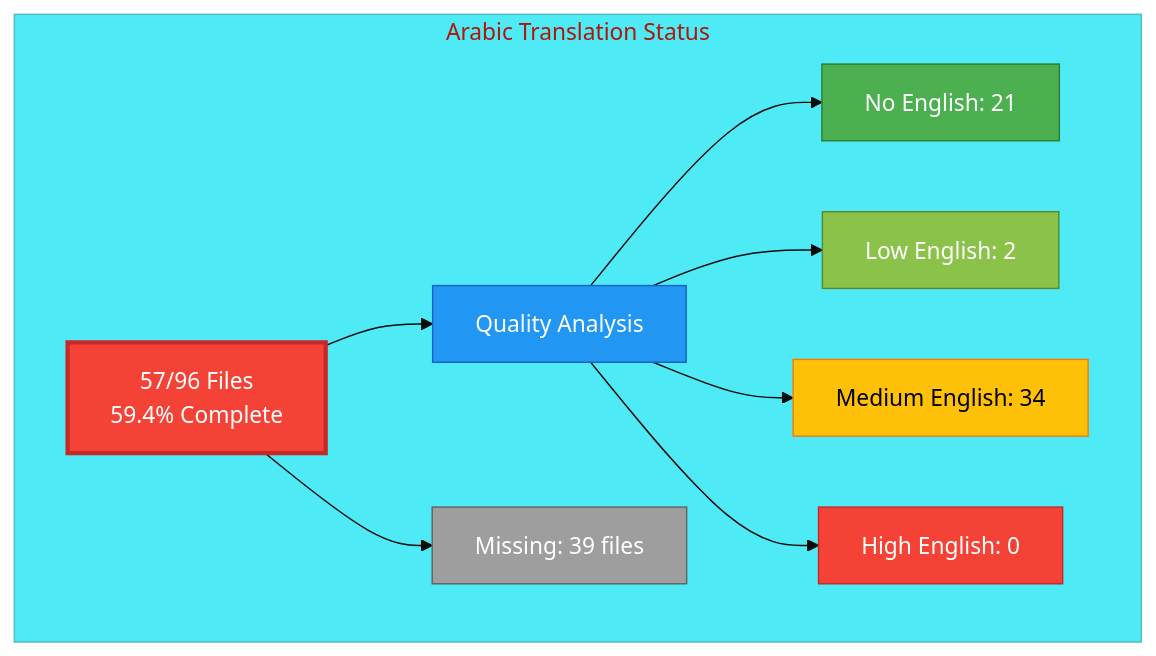
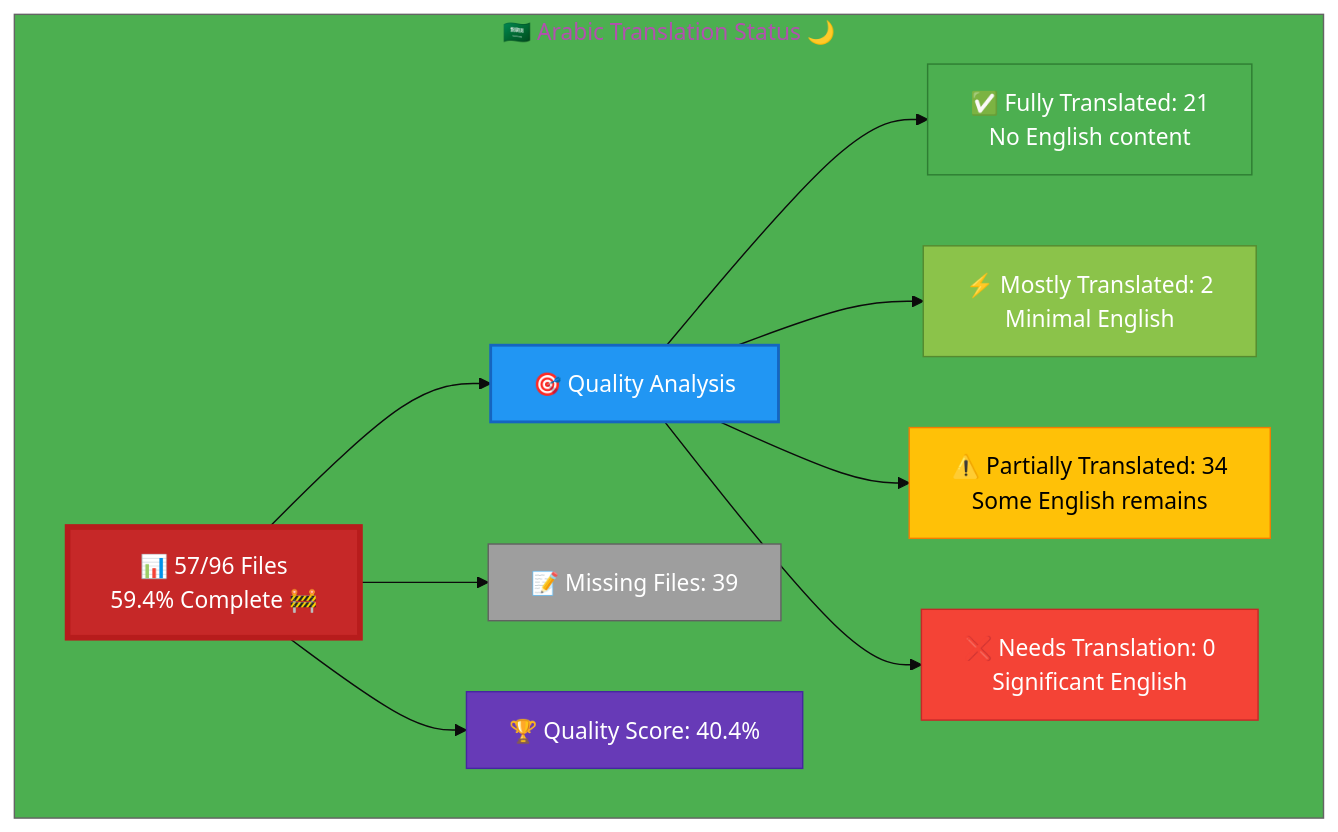
Before and after one commit to Hack23/homepage: the diagram in Arabic-Translation-Status.md, drawn with Mermaid. The commit also changed other lines of this file and 26 other files, not shown here.

Commit message:
Complete validation & enhancement: icons, color-coded Mermaid diagrams, accuracy verified for all 26 files

````diff
--- a/Arabic-Translation-Status.md
+++ b/Arabic-Translation-Status.md
@@ -12,22 +13,26 @@
 ```mermaid
-%%{init: {'theme':'base', 'themeVariables': { 'primaryColor':'#F44336'}}}%%
+%%{init: {'theme':'base', 'themeVariables': {'primaryColor':'#C62828','secondaryColor':'#2196F3','tertiaryColor':'#4CAF50','fontSize':'16px'}}}%%
 graph TB
-    subgraph "Arabic Translation Status"
-        A[57/96 Files<br/>59.4% Complete]
-        A --> B[Quality Analysis]
-        B --> C[No English: 21]
-        B --> D[Low English: 2]
-        B --> E[Medium English: 34]
-        B --> F[High English: 0]
+    subgraph "🇸🇦 Arabic Translation Status 🌙"
+        A["📊 57/96 Files<br/>59.4% Complete 🚧"]
         
-        A --> G[Missing: 39 files]
+        A --> B["🎯 Quality Analysis"]
+        B --> C["✅ Fully Translated: 21<br/>No English content"]
+        B --> D["⚡ Mostly Translated: 2<br/>Minimal English"]
+        B --> E["⚠️  Partially Translated: 34<br/>Some English remains"]
+        B --> F["❌ Needs Translation: 0<br/>Significant English"]
         
-        style A fill:#F44336,stroke:#C62828,color:#fff,stroke-width:3px
-        style B fill:#2196F3,stroke:#1565C0,color:#fff
+        A --> G["📝 Missing Files: 39"]
+        
+        A --> H["🏆 Quality Score: 40.4%"]
+        
+        style A fill:#C62828,stroke:#B71C1C,color:#fff,stroke-width:4px
+        style B fill:#2196F3,stroke:#1565C0,color:#fff,stroke-width:2px
         style C fill:#4CAF50,stroke:#2E7D32,color:#fff
         style D fill:#8BC34A,stroke:#558B2F,color:#fff
         style E fill:#FFC107,stroke:#F57C00,color:#000
         style F fill:#F44336,stroke:#C62828,color:#fff
         style G fill:#9E9E9E,stroke:#616161,color:#fff
+        style H fill:#673AB7,stroke:#4527A0,color:#fff
     end
 ```
````
